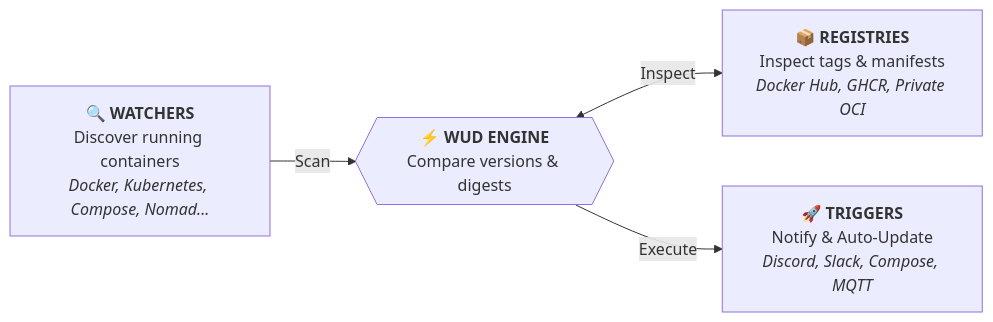
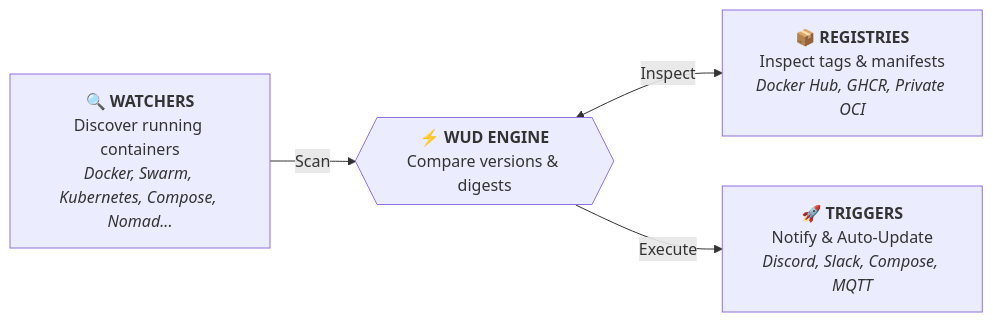
Before and after one commit to getwud/wud: the diagram in README.md, drawn with Mermaid. The commit also changed other lines of this file and 18 other files, not shown here.

Commit message:
🚀 [WATCHER] Add Docker Swarm watcher provider with automated E2E tests (#1250)

````diff
--- a/README.md
+++ b/README.md
@@ -47,11 +48,11 @@
 ```mermaid
 flowchart LR
-    W["🔍 <b>WATCHERS</b><br/>Discover running containers<br/><i>Docker, Kubernetes, Compose, Nomad...</i>"]
+    W["🔍 <b>WATCHERS</b><br/>Discover running containers<br/><i>Docker, Swarm, Kubernetes, Compose, Nomad...</i>"]
     WUD{{"⚡ <b>WUD ENGINE</b><br/>Compare versions &amp; digests"}}
     R["📦 <b>REGISTRIES</b><br/>Inspect tags &amp; manifests<br/><i>Docker Hub, GHCR, Private OCI</i>"]
     T["🚀 <b>TRIGGERS</b><br/>Notify &amp; Auto-Update<br/><i>Discord, Slack, Compose, MQTT</i>"]
 
     W -->|"Scan"| WUD
     WUD <-->|"Inspect"| R
     WUD -->|"Execute"| T
 ```
````
